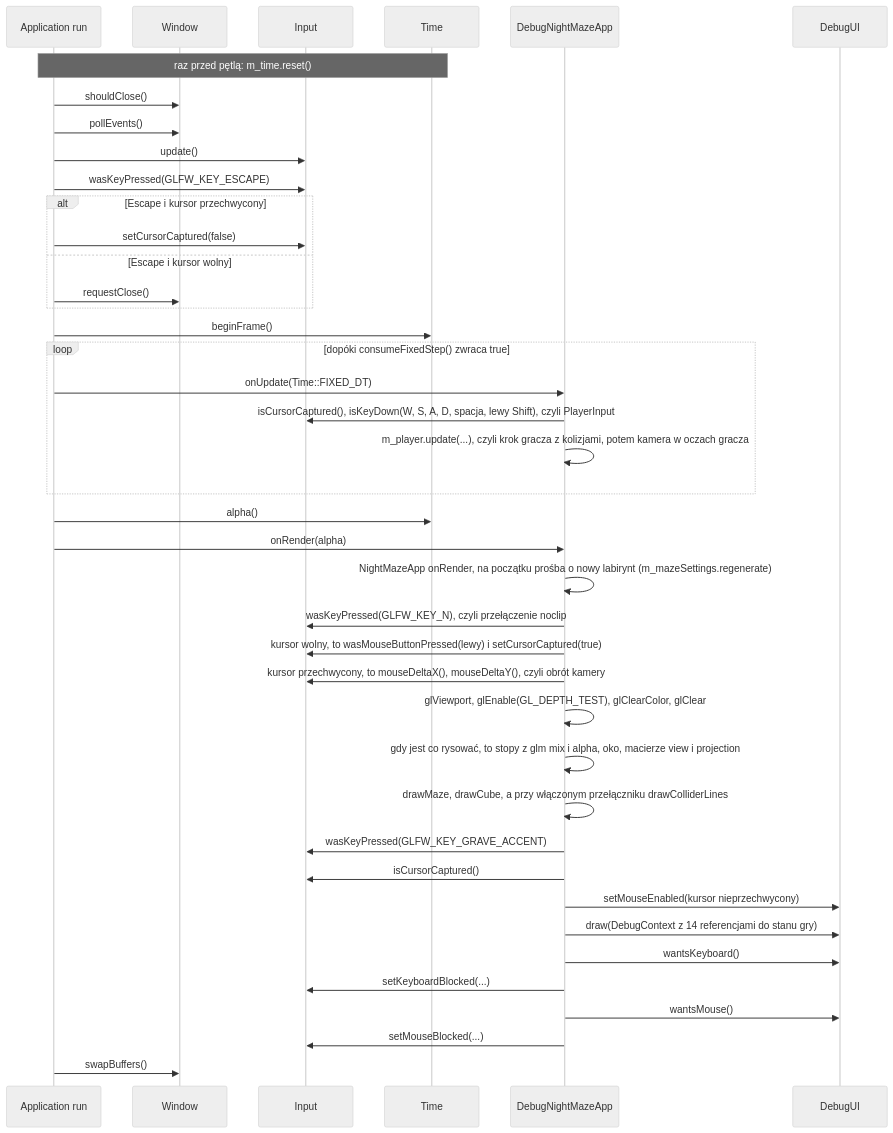
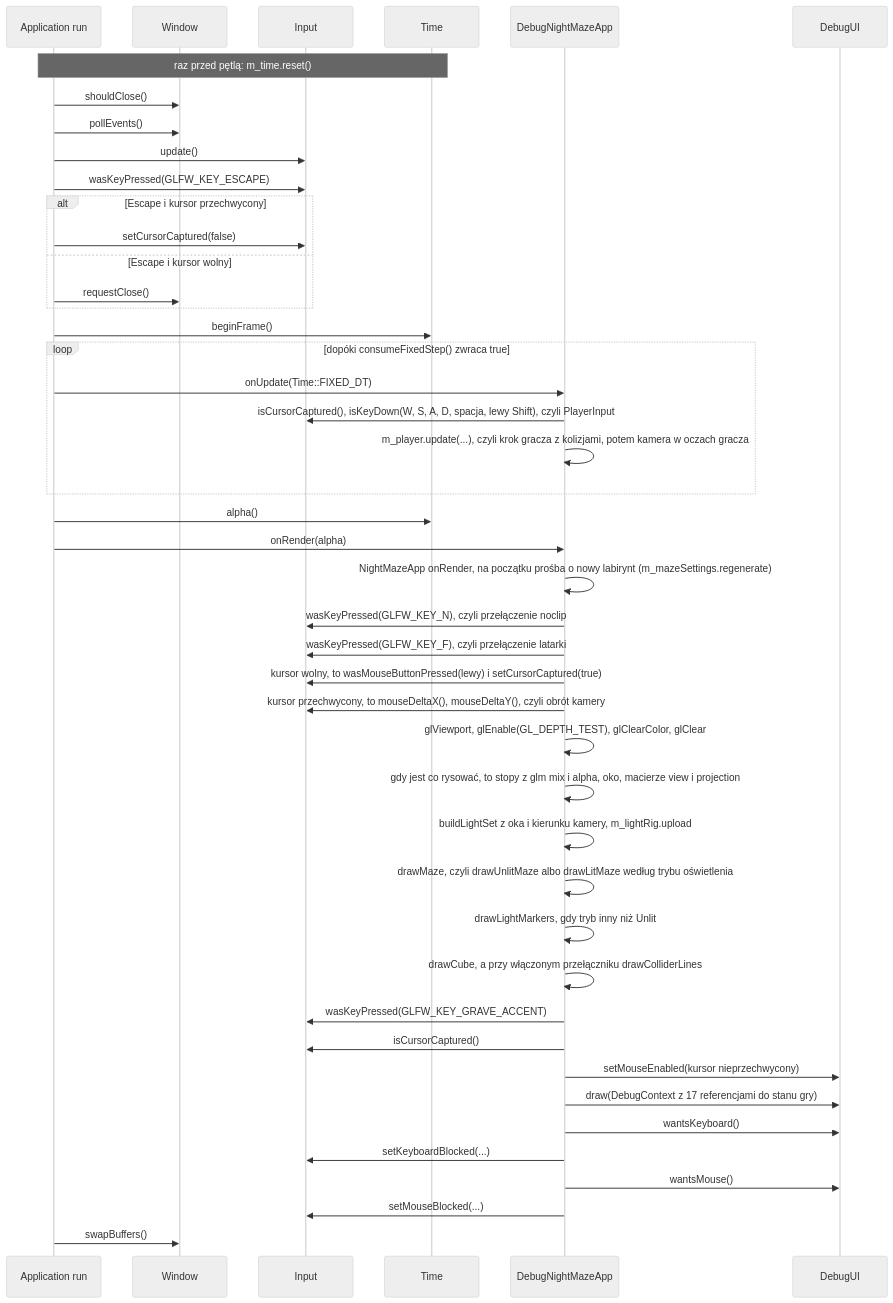
One commit to Shironex/night-maze changed the second of 3 diagrams in docs/modules/core/README.md. Above: the diagram before and after it, drawn with Mermaid (neutral theme). The commit also changed other lines of this file and 52 other files, not shown here.

First line of the commit message:
feat(game): light the maze with moon, flashlight and point lights

````diff
--- a/docs/modules/core/README.md
+++ b/docs/modules/core/README.md
@@ -83,43 +83,47 @@
 ```mermaid
 sequenceDiagram
     participant Run as Application run
     participant Win as Window
     participant In as Input
     participant T as Time
     participant App as DebugNightMazeApp
     participant UI as DebugUI
     Note over Run,T: raz przed pętlą: m_time.reset()
     Run->>Win: shouldClose()
     Run->>Win: pollEvents()
     Run->>In: update()
     Run->>In: wasKeyPressed(GLFW_KEY_ESCAPE)
     alt Escape i kursor przechwycony
         Run->>In: setCursorCaptured(false)
     else Escape i kursor wolny
         Run->>Win: requestClose()
     end
     Run->>T: beginFrame()
     loop dopóki consumeFixedStep() zwraca true
         Run->>App: onUpdate(Time::FIXED_DT)
         App->>In: isCursorCaptured(), isKeyDown(W, S, A, D, spacja, lewy Shift), czyli PlayerInput
         App->>App: m_player.update(...), czyli krok gracza z kolizjami, potem kamera w oczach gracza
     end
     Run->>T: alpha()
     Run->>App: onRender(alpha)
     App->>App: NightMazeApp onRender, na początku prośba o nowy labirynt (m_mazeSettings.regenerate)
     App->>In: wasKeyPressed(GLFW_KEY_N), czyli przełączenie noclip
+    App->>In: wasKeyPressed(GLFW_KEY_F), czyli przełączenie latarki
     App->>In: kursor wolny, to wasMouseButtonPressed(lewy) i setCursorCaptured(true)
     App->>In: kursor przechwycony, to mouseDeltaX(), mouseDeltaY(), czyli obrót kamery
     App->>App: glViewport, glEnable(GL_DEPTH_TEST), glClearColor, glClear
     App->>App: gdy jest co rysować, to stopy z glm mix i alpha, oko, macierze view i projection
-    App->>App: drawMaze, drawCube, a przy włączonym przełączniku drawColliderLines
+    App->>App: buildLightSet z oka i kierunku kamery, m_lightRig.upload
+    App->>App: drawMaze, czyli drawUnlitMaze albo drawLitMaze według trybu oświetlenia
+    App->>App: drawLightMarkers, gdy tryb inny niż Unlit
+    App->>App: drawCube, a przy włączonym przełączniku drawColliderLines
     App->>In: wasKeyPressed(GLFW_KEY_GRAVE_ACCENT)
     App->>In: isCursorCaptured()
     App->>UI: setMouseEnabled(kursor nieprzechwycony)
-    App->>UI: draw(DebugContext z 14 referencjami do stanu gry)
+    App->>UI: draw(DebugContext z 17 referencjami do stanu gry)
     App->>UI: wantsKeyboard()
     App->>In: setKeyboardBlocked(...)
     App->>UI: wantsMouse()
     App->>In: setMouseBlocked(...)
     Run->>Win: swapBuffers()
 ```
````
